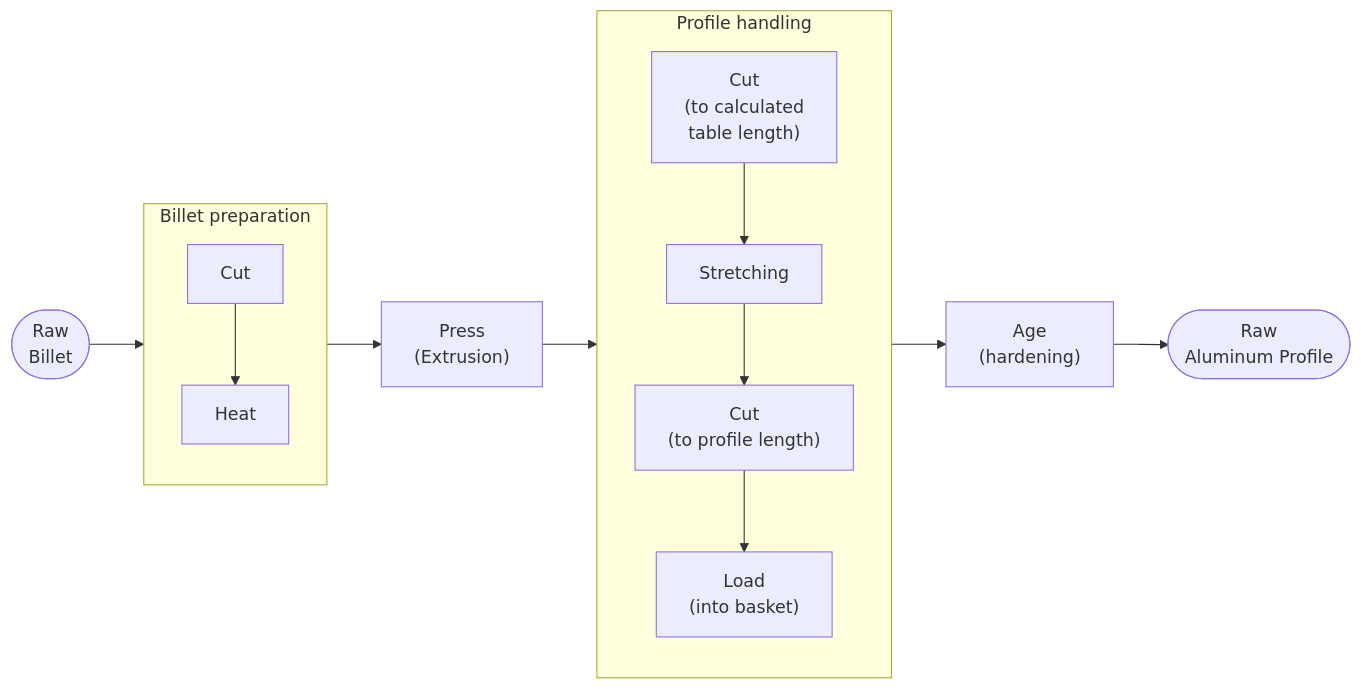
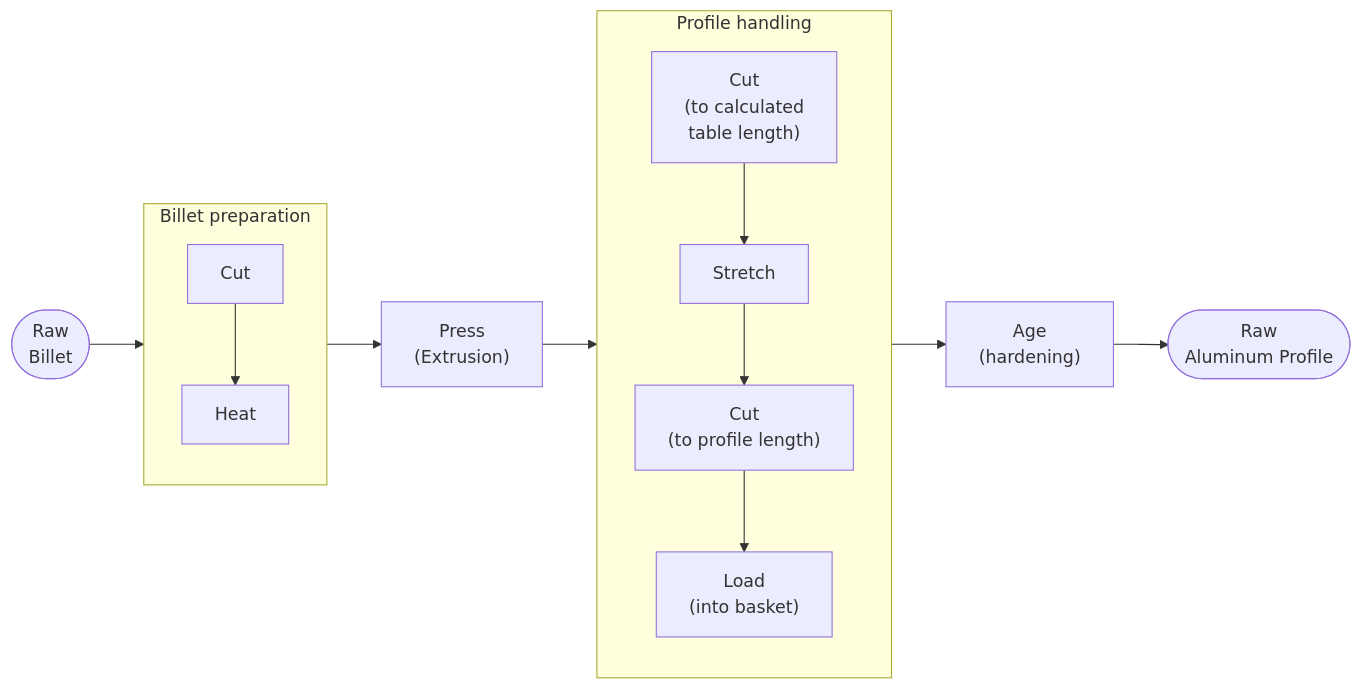
Before and after one commit to danderbas/aluminadb: the first of 2 diagrams in docs/industrial_process.md, drawn with Mermaid.

````diff
--- a/docs/industrial_process.md
+++ b/docs/industrial_process.md
@@ -17,23 +17,23 @@
 ```mermaid
 flowchart LR
     billet(["Raw<br/>Billet"])
     subgraph prep["Billet preparation"]
         direction TB
         cutting["Cut"]
         heating["Heat"]
         cutting --> heating
     end
     pressing["Press<br/>(Extrusion)"]
     subgraph handling["Profile handling"]
         direction TB
         firstcut["Cut<br/>(to calculated<br/>table length)"]
-        stretching["Stretching"]
+        stretching["Stretch"]
         finalcut["Cut<br/>(to profile length)"]
         loading["Load<br/>(into basket)"]
         firstcut --> stretching --> finalcut --> loading
     end
     aging["Age<br/>(hardening)"]
     profile(["Raw<br/>Aluminum Profile"])
 
     billet --> prep --> pressing --> handling --> aging --> profile
 ```
````
